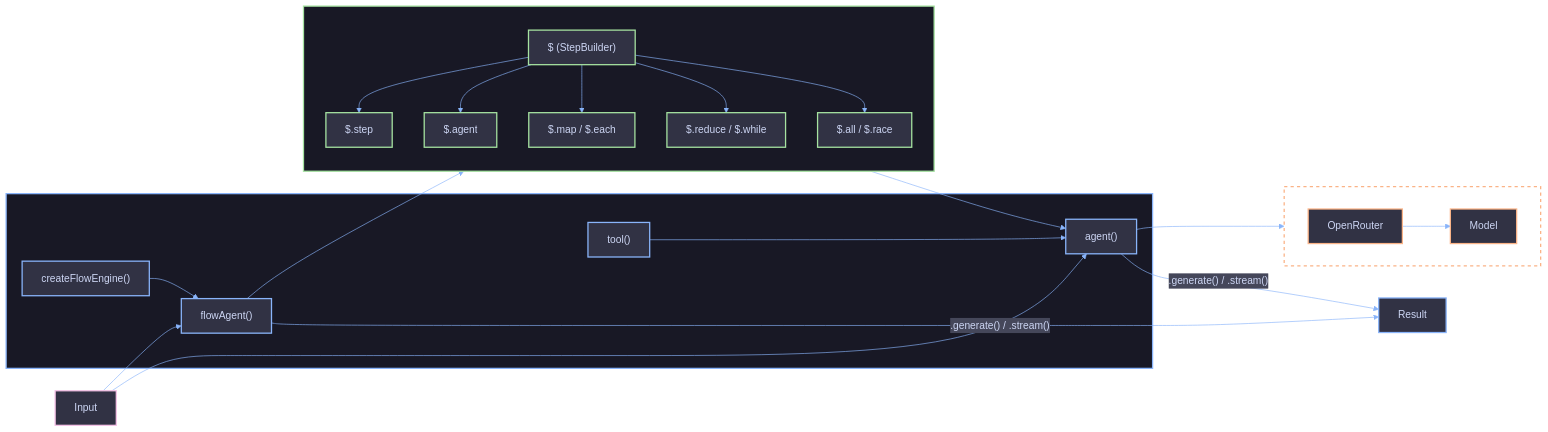
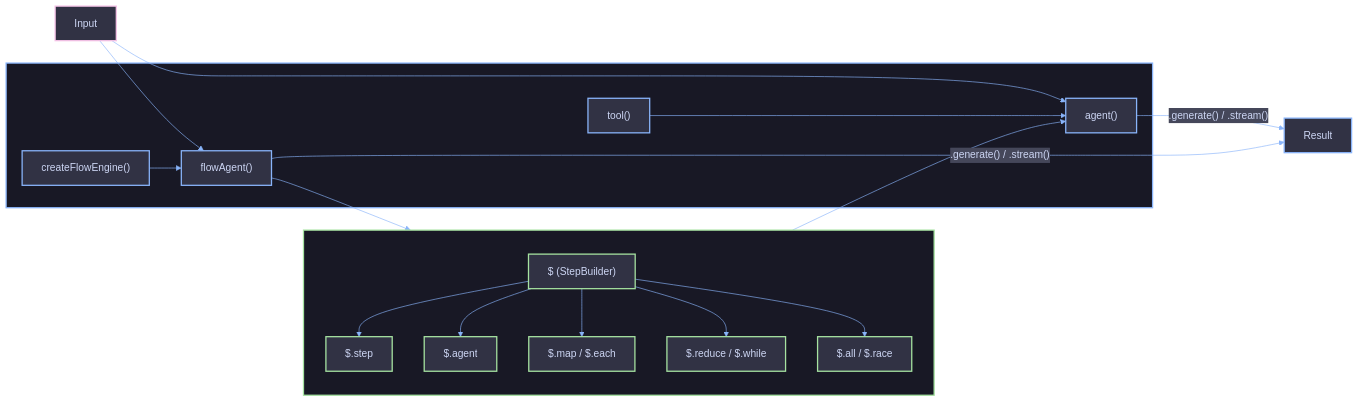
The diagram in packages/agents/docs/overview.md (joggrdocs/funkai), drawn with Mermaid before and after one commit. The commit also changed other lines of this file and 38 other files, not shown here.

````diff
--- a/packages/agents/docs/overview.md
+++ b/packages/agents/docs/overview.md
@@ -19,64 +7,55 @@
 ```mermaid
 %%{init: {
   'theme': 'base',
   'themeVariables': {
     'primaryColor': '#313244',
     'primaryTextColor': '#cdd6f4',
     'primaryBorderColor': '#6c7086',
     'lineColor': '#89b4fa',
     'secondaryColor': '#45475a',
     'tertiaryColor': '#1e1e2e',
     'background': '#1e1e2e',
     'mainBkg': '#313244',
     'clusterBkg': '#1e1e2e',
     'clusterBorder': '#45475a'
   },
   'flowchart': { 'curve': 'basis', 'padding': 15 }
 }}%%
 
 flowchart LR
   Input:::external
 
   subgraph core [" "]
     tool["tool()"]:::coreNode
     agent["agent()"]:::coreNode
     flowAgent["flowAgent()"]:::coreNode
     engine["createFlowEngine()"]:::coreNode
   end
 
   subgraph steps [" "]
     direction TB
     dollar["$ (StepBuilder)"]:::step
     stepOp["$.step"]:::step
     agentOp["$.agent"]:::step
     mapOp["$.map / $.each"]:::step
     reduceOp["$.reduce / $.while"]:::step
     concOp["$.all / $.race"]:::step
   end
 
-  subgraph provider [" "]
-    direction LR
-    OpenRouter:::gateway
-    Model:::gateway
-  end
-
   Input --> agent
   Input --> flowAgent
   agent -- ".generate() / .stream()" --> Result:::coreNode
   flowAgent -- ".generate() / .stream()" --> Result
   engine --> flowAgent
   flowAgent --> dollar
   dollar --> stepOp & agentOp & mapOp & reduceOp & concOp
   agentOp --> agent
   tool --> agent
-  agent --> OpenRouter --> Model
 
   classDef external fill:#313244,stroke:#f5c2e7,stroke-width:2px,color:#cdd6f4
   classDef coreNode fill:#313244,stroke:#89b4fa,stroke-width:2px,color:#cdd6f4
   classDef step fill:#313244,stroke:#a6e3a1,stroke-width:2px,color:#cdd6f4
-  classDef gateway fill:#313244,stroke:#fab387,stroke-width:2px,color:#cdd6f4
 
   style core fill:#181825,stroke:#89b4fa,stroke-width:2px
   style steps fill:#181825,stroke:#a6e3a1,stroke-width:2px
-  style provider fill:none,stroke:#fab387,stroke-width:2px,stroke-dasharray:5 5
 ```
````
